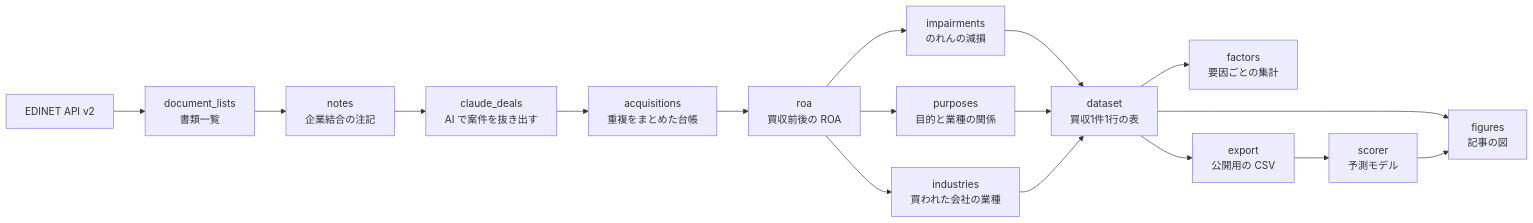
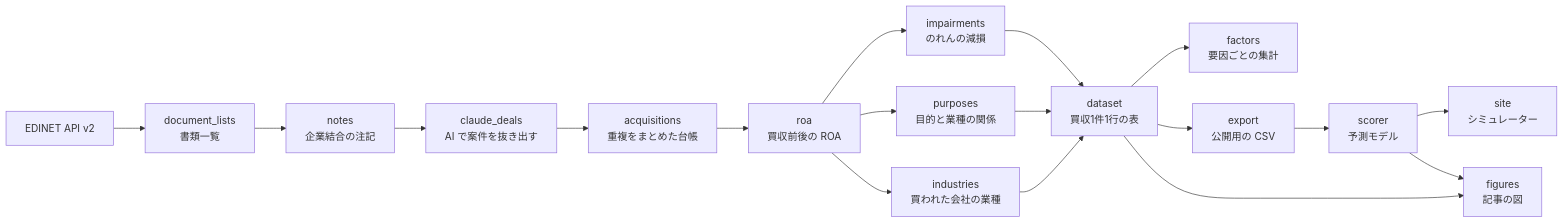
The diagram in README.md (Asmirai/edinet-ma-ledger), drawn with Mermaid before and after one commit. The commit also changed other lines of this file and 6 other files, not shown here.

Commit message:
README に試し方・結果の図・ドキュメントの一覧・よくある質問を足す

````diff
--- a/README.md
+++ b/README.md
@@ -69,16 +118,17 @@
 ```mermaid
 flowchart LR
     A[EDINET API v2] --> B[document_lists<br>書類一覧]
     B --> C[notes<br>企業結合の注記]
     C --> D[claude_deals<br>AI で案件を抜き出す]
     D --> E[acquisitions<br>重複をまとめた台帳]
     E --> F[roa<br>買収前後の ROA]
     F --> G[impairments<br>のれんの減損]
     F --> H[purposes<br>目的と業種の関係]
     F --> I[industries<br>買われた会社の業種]
     G & H & I --> J[dataset<br>買収1件1行の表]
     J --> K[factors<br>要因ごとの集計]
     J --> L[export<br>公開用の CSV]
     L --> M[scorer<br>予測モデル]
+    M --> S[site<br>シミュレーター]
     J & M --> N[figures<br>記事の図]
 ```
````
